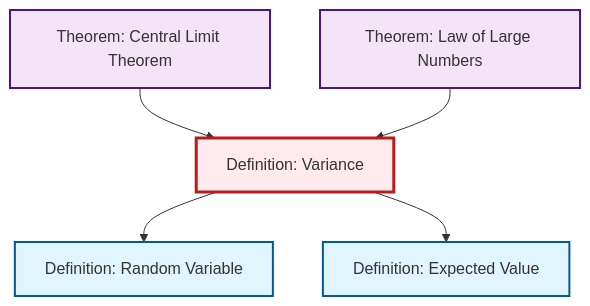
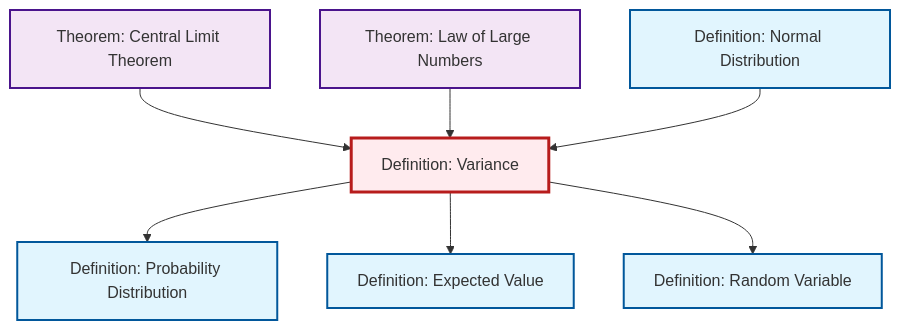
The second of 2 diagrams in content/ja/probability-statistics/def-variance.qmd (RK0429/ModernMath), drawn with Mermaid before and after one commit. The commit also changed other lines of this file and 634 other files, not shown here.

````diff
--- a/content/ja/probability-statistics/def-variance.qmd
+++ b/content/ja/probability-statistics/def-variance.qmd
@@ -103,23 +103,29 @@
 ```{mermaid}
 %%| fig-cap: "Local dependency graph"
 graph TD
     classDef definition fill:#e1f5fe,stroke:#01579b,stroke-width:2px
     classDef theorem fill:#f3e5f5,stroke:#4a148c,stroke-width:2px
     classDef axiom fill:#fff3e0,stroke:#e65100,stroke-width:2px
     classDef example fill:#e8f5e9,stroke:#1b5e20,stroke-width:2px
     classDef current fill:#ffebee,stroke:#b71c1c,stroke-width:3px
     thm-central-limit["Theorem: Central Limit Theorem"]:::theorem
+    def-expectation["Definition: Expected Value"]:::definition
+    def-variance["Definition: Variance"]:::definition
+    def-probability-distribution["Definition: Probability Distribution"]:::definition
+    def-normal-distribution["Definition: Normal Distribution"]:::definition
     thm-law-of-large-numbers["Theorem: Law of Large Numbers"]:::theorem
-    def-expectation["Definition: Expected Value"]:::definition
     def-random-variable["Definition: Random Variable"]:::definition
-    def-variance["Definition: Variance"]:::definition
+    def-variance --> def-probability-distribution
+    def-variance --> def-expectation
     thm-central-limit --> def-variance
     thm-law-of-large-numbers --> def-variance
+    def-normal-distribution --> def-variance
     def-variance --> def-random-variable
-    def-variance --> def-expectation
     class def-variance current
     click thm-central-limit "thm-central-limit.html" "Theorem: Central Limit Theoremへ"
+    click def-expectation "def-expectation.html" "Definition: Expected Valueへ"
+    click def-probability-distribution "def-probability-distribution.html" "Definition: Probability Distributionへ"
+    click def-normal-distribution "def-normal-distribution.html" "Definition: Normal Distributionへ"
     click thm-law-of-large-numbers "thm-law-of-large-numbers.html" "Theorem: Law of Large Numbersへ"
-    click def-expectation "def-expectation.html" "Definition: Expected Valueへ"
     click def-random-variable "def-random-variable.html" "Definition: Random Variableへ"
 ```
````
